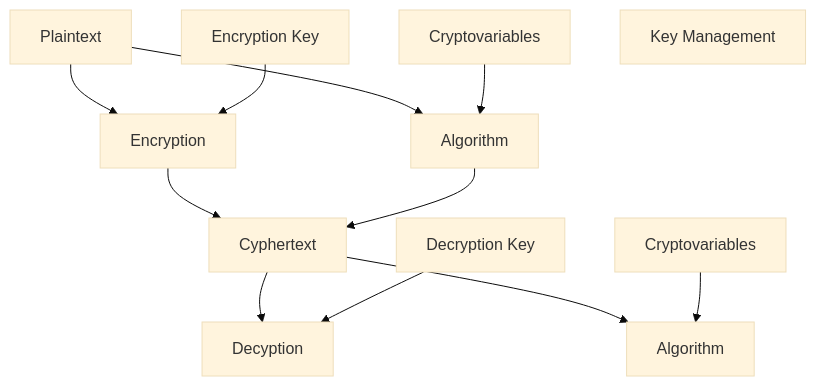
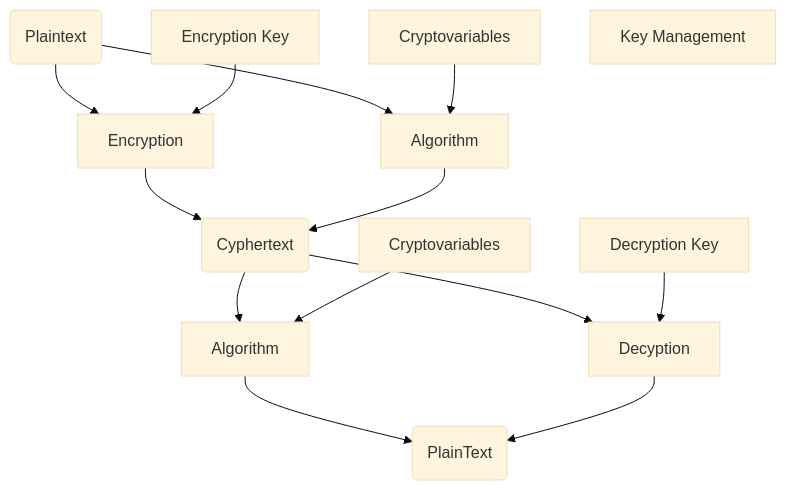
Before and after one commit to RobertRMarsh/cyber-notes: the diagram in isc2-cc/domain-5/encryption-overview.md, drawn with Mermaid (base theme). The commit also changed other lines of this file, not shown here.

````diff
--- a/isc2-cc/domain-5/encryption-overview.md
+++ b/isc2-cc/domain-5/encryption-overview.md
@@ -6,14 +12,16 @@
 ```mermaid  
 graph TD  
-A[Plaintext] --> B[Encryption];
+A(Plaintext) --> B[Encryption];
 A --> C[Algorithm];  
 D[Encryption Key]--> B;  
 E[Cryptovariables]--> C;  
 F[Key Management];
-B --> G[Cyphertext];
+B --> G(Cyphertext);
 C --> G;  
 G --> H[Decyption];  
 G --> I[Algorithm];  
 J[Cryptovariables]--> I;  
 K[Decryption Key]--> H;
+I --> L(PlainText);
+H --> L;
 ```
````
